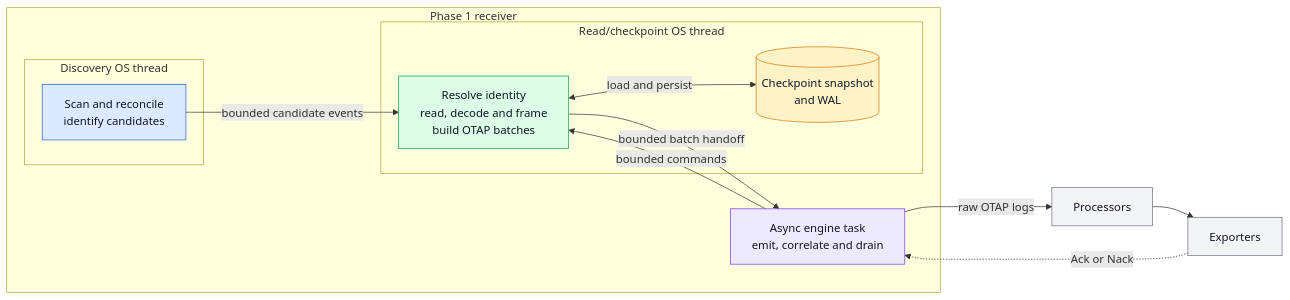
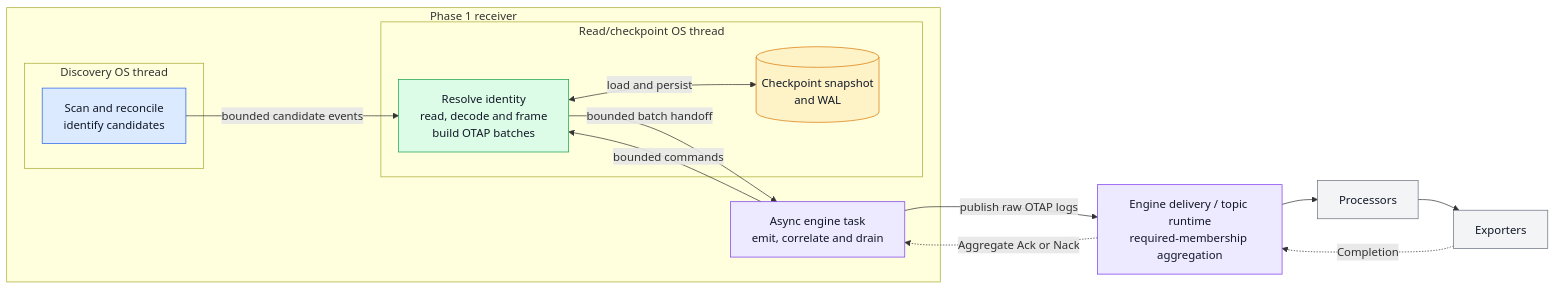
The first of 2 diagrams in rust/otap-dataflow/docs/filelog-receiver.md (open-telemetry/otel-arrow), drawn with Mermaid before and after one commit. The commit also changed other lines of this file and 2 other files, not shown here.

Commit message:
docs: clarify filelog review and Ack ownership

````diff
--- a/rust/otap-dataflow/docs/filelog-receiver.md
+++ b/rust/otap-dataflow/docs/filelog-receiver.md
@@ -241,36 +247,38 @@
 ```mermaid
 flowchart LR
   subgraph receiver["Phase 1 receiver"]
     subgraph discovery["Discovery OS thread"]
       D["Scan and reconcile<br/>identify candidates"]
     end
 
     subgraph worker["Read/checkpoint OS thread"]
       W["Resolve identity<br/>read, decode and frame<br/>build OTAP batches"]
       C[("Checkpoint snapshot<br/>and WAL")]
       W <-->|"load and persist"| C
     end
 
     A["Async engine task<br/>emit, correlate and drain"]
 
     D -->|"bounded candidate events"| W
     W -->|"bounded batch handoff"| A
     A -->|"bounded commands"| W
   end
 
-  A -->|"raw OTAP logs"| P["Processors"]
+  A -->|"publish raw OTAP logs"| T["Engine delivery / topic runtime<br/>required-membership aggregation"]
+  T --> P["Processors"]
   P --> E["Exporters"]
-  E -.->|"Ack or Nack"| A
+  E -.->|"Completion"| T
+  T -.->|"Aggregate Ack or Nack"| A
 
   class D discoveryNode
   class W workerNode
-  class A controlNode
+  class A,T controlNode
   class C stateNode
   class P,E downstreamNode
 
   classDef discoveryNode fill:#DBEAFE,stroke:#2563EB,color:#111827
   classDef workerNode fill:#DCFCE7,stroke:#16A34A,color:#111827
   classDef controlNode fill:#EDE9FE,stroke:#7C3AED,color:#111827
   classDef stateNode fill:#FEF3C7,stroke:#D97706,color:#111827
   classDef downstreamNode fill:#F3F4F6,stroke:#6B7280,color:#111827
 ```
````
